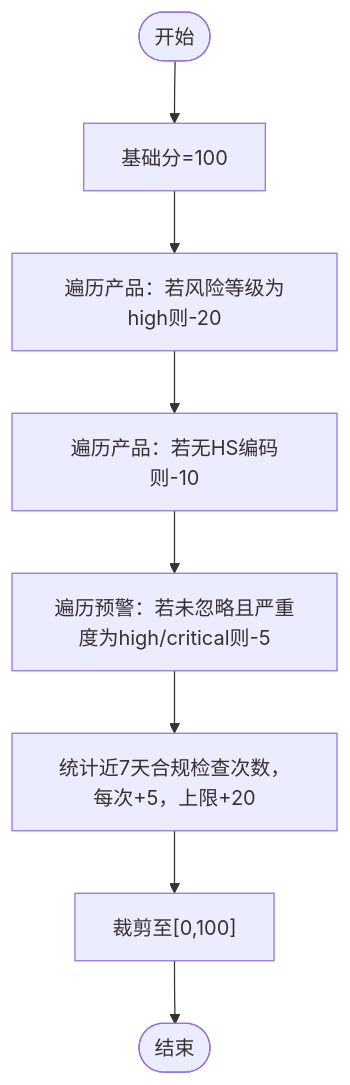
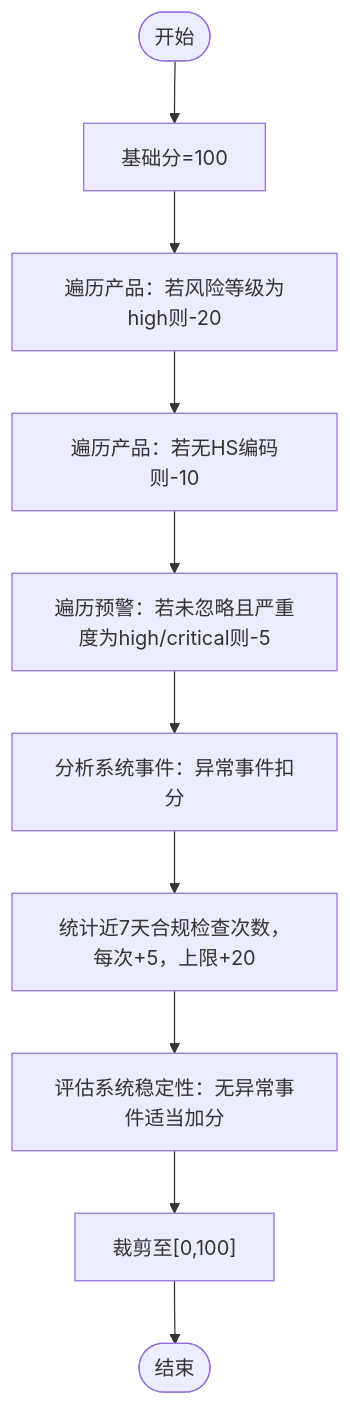
Before and after one commit to angledick/-: the fourth of 9 diagrams in .qoder/repowiki/zh/content/监控与运维/系统健康监控.md, drawn with Mermaid. The commit also changed other lines of this file and 193 other files, not shown here.

````diff
--- a/.qoder/repowiki/zh/content/监控与运维/系统健康监控.md
+++ b/.qoder/repowiki/zh/content/监控与运维/系统健康监控.md
@@ -177,10 +235,12 @@
 ```mermaid
 flowchart TD
 S(["开始"]) --> Base["基础分=100"]
 Base --> HRisk["遍历产品：若风险等级为high则-20"]
 HRisk --> NoHS["遍历产品：若无HS编码则-10"]
 NoHS --> Alerts["遍历预警：若未忽略且严重度为high/critical则-5"]
-Alerts --> Checks["统计近7天合规检查次数，每次+5，上限+20"]
-Checks --> Clip["裁剪至[0,100]"]
+Alerts --> Events["分析系统事件：异常事件扣分"]
+Events --> Checks["统计近7天合规检查次数，每次+5，上限+20"]
+Checks --> Stability["评估系统稳定性：无异常事件适当加分"]
+Stability --> Clip["裁剪至[0,100]"]
 Clip --> E(["结束"])
 ```
````
